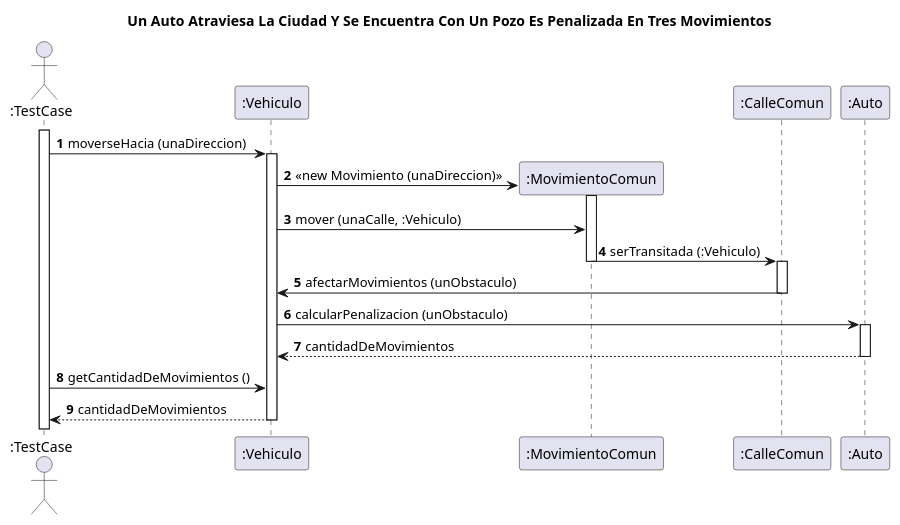
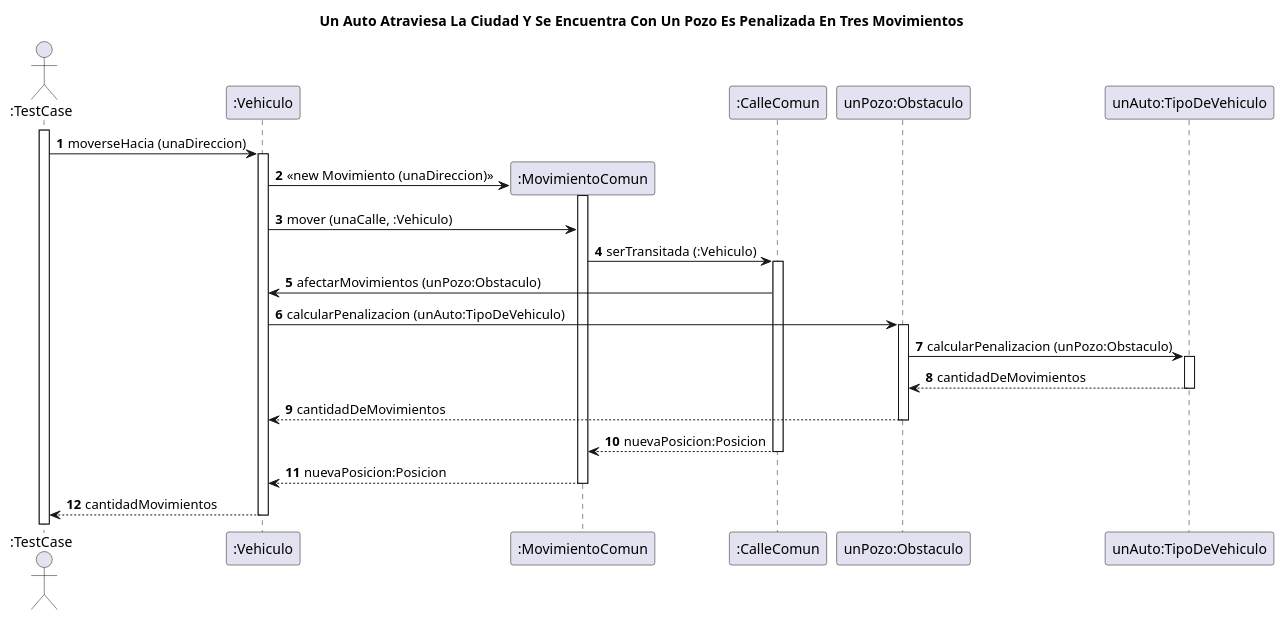
The diagram in diagrams/sequences/UnAutoAtraviesaLaCiudadYSeEncuentraConUnPozoEsPenalizadaEnTresMovimientos.puml (FacundoBaez1994/Algo3Tp2), drawn with PlantUML before and after one commit. The commit also changed 3 other files, not shown here.

Commit message:
actualizacion de los diagramas de secuencias relacionados con pozo y piquete

```diff
--- a/diagrams/sequences/UnAutoAtraviesaLaCiudadYSeEncuentraConUnPozoEsPenalizadaEnTresMovimientos.puml
+++ b/diagrams/sequences/UnAutoAtraviesaLaCiudadYSeEncuentraConUnPozoEsPenalizadaEnTresMovimientos.puml
@@ -1,27 +1,27 @@
 @startuml
 'https://plantuml.com/sequence-diagram
 title Un Auto Atraviesa La Ciudad Y Se Encuentra Con Un Pozo Es Penalizada En Tres Movimientos
 autonumber
 actor ":TestCase"
 Activate ":TestCase"
-   ":TestCase" -> ":Vehiculo": moverseHacia (unaDireccion)
-    Activate ":Vehiculo"
-    create ":MovimientoComun"
-    ":Vehiculo" -> ":MovimientoComun": <<new Movimiento (unaDireccion) >>
-    Activate ":MovimientoComun"
-    ":Vehiculo" -> ":MovimientoComun": mover (unaCalle, :Vehiculo)
-    ":MovimientoComun" -> ":CalleComun": serTransitada (:Vehiculo)
-    Deactivate ":MovimientoComun"
-    Activate ":CalleComun"
-    ":CalleComun" -> ":Vehiculo": afectarMovimientos (unObstaculo)
-    Deactivate ":CalleComun"
-    ":Vehiculo" -> ":Auto": calcularPenalizacion (unObstaculo)
-    Activate ":Auto"
-    ":Vehiculo" <-- ":Auto": cantidadDeMovimientos
-    Deactivate ":Auto"
-    ":TestCase"  -> ":Vehiculo": getCantidadDeMovimientos ()
-    ":TestCase"  <-- ":Vehiculo": cantidadDeMovimientos
-    Deactivate ":Vehiculo"
+":TestCase" -> ":Vehiculo": moverseHacia (unaDireccion)
+Activate ":Vehiculo"
+create ":MovimientoComun"
+":Vehiculo" -> ":MovimientoComun": <<new Movimiento (unaDireccion) >>
+Activate ":MovimientoComun"
+":Vehiculo" -> ":MovimientoComun": mover (unaCalle, :Vehiculo)
+":MovimientoComun" -> ":CalleComun": serTransitada (:Vehiculo)
+Activate ":CalleComun"
+":CalleComun" -> ":Vehiculo": afectarMovimientos (unPozo:Obstaculo)
+":Vehiculo" -> "unPozo:Obstaculo": calcularPenalizacion (unAuto:TipoDeVehiculo)
+Activate "unPozo:Obstaculo"
+"unPozo:Obstaculo" -> "unAuto:TipoDeVehiculo": calcularPenalizacion (unPozo:Obstaculo)
+Activate "unAuto:TipoDeVehiculo"
+return cantidadDeMovimientos
+return cantidadDeMovimientos
+return nuevaPosicion:Posicion
+return nuevaPosicion:Posicion
+return cantidadMovimientos
 
 
 @enduml
```
